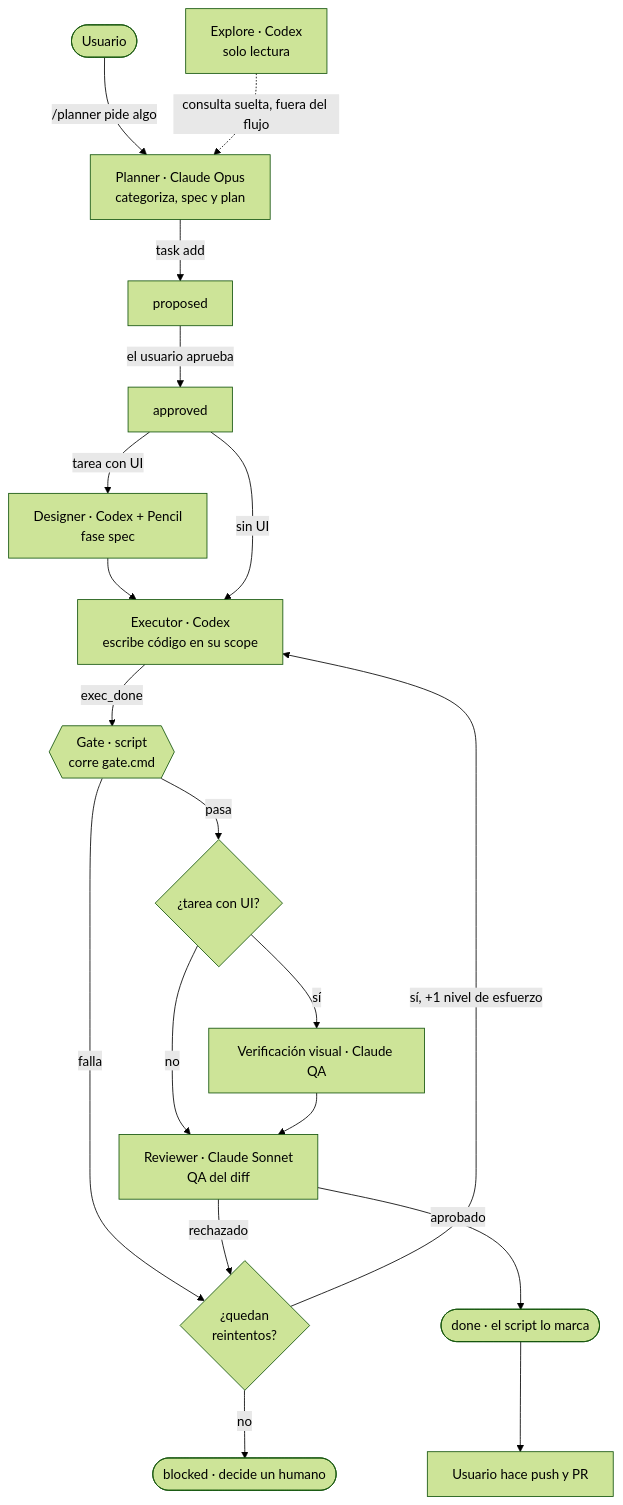
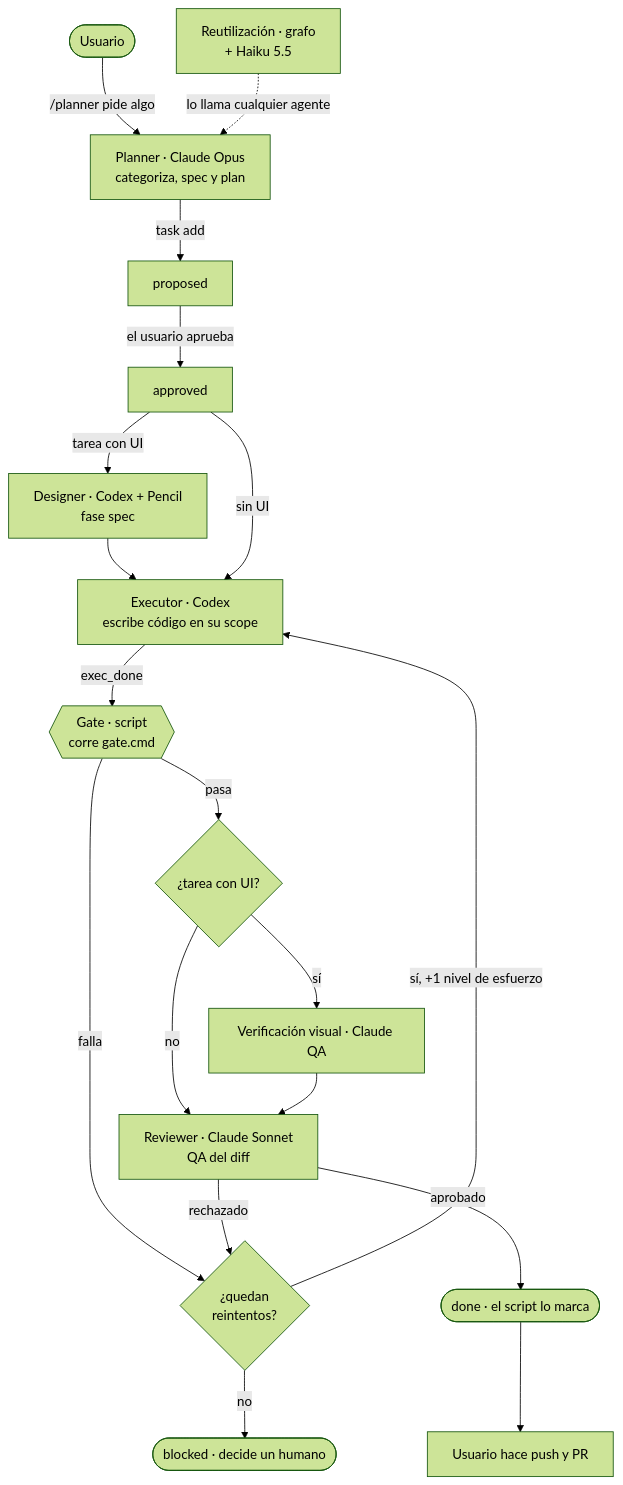
The diagram in software-engineer/README.md (EstebanBedoya/Harnessssss), drawn with Mermaid (forest theme) before and after one commit. The commit also changed other lines of this file and 5 other files, not shown here.

````diff
--- a/software-engineer/README.md
+++ b/software-engineer/README.md
@@ -21,27 +21,27 @@
 ```mermaid
 flowchart TD
     U([Usuario]) -->|/planner pide algo| P[Planner · Claude Opus<br/>categoriza, spec y plan]
     P -->|task add| PR[proposed]
     PR -->|el usuario aprueba| AP[approved]
 
     AP -->|tarea con UI| D[Designer · Codex + Pencil<br/>fase spec]
     D --> EX
     AP -->|sin UI| EX[Executor · Codex<br/>escribe código en su scope]
 
     EX -->|exec_done| G{{Gate · script<br/>corre gate.cmd}}
     G -->|falla| RT{¿quedan<br/>reintentos?}
     G -->|pasa| UI{¿tarea con UI?}
 
     UI -->|sí| V[Verificación visual · Claude QA]
     UI -->|no| R
     V --> R[Reviewer · Claude Sonnet<br/>QA del diff]
 
     R -->|aprobado| DONE([done · el script lo marca])
     R -->|rechazado| RT
     RT -->|sí, +1 nivel de esfuerzo| EX
     RT -->|no| B([blocked · decide un humano])
 
     DONE --> PUSH[Usuario hace push y PR]
 
-    X[Explore · Codex<br/>solo lectura] -.->|consulta suelta, fuera del flujo| P
+    X[Reutilización · grafo<br/>+ Haiku 5.5] -.->|lo llama cualquier agente| P
 ```
````
